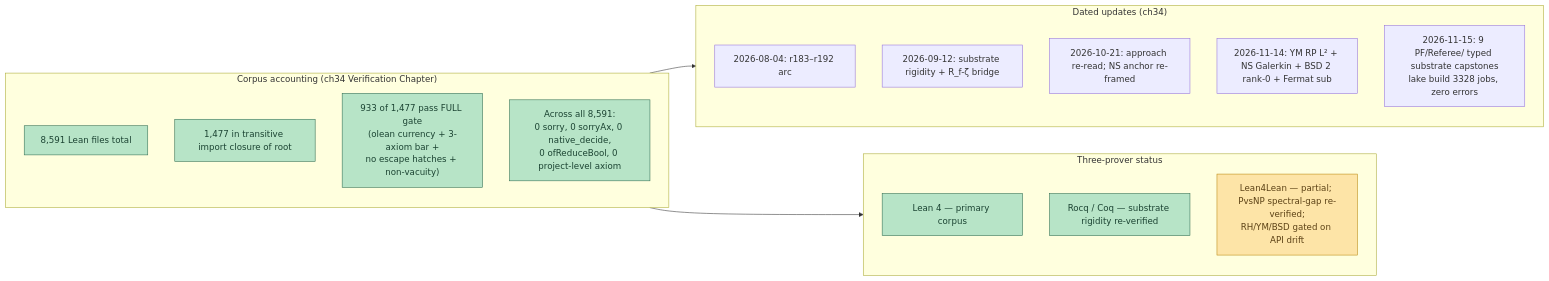
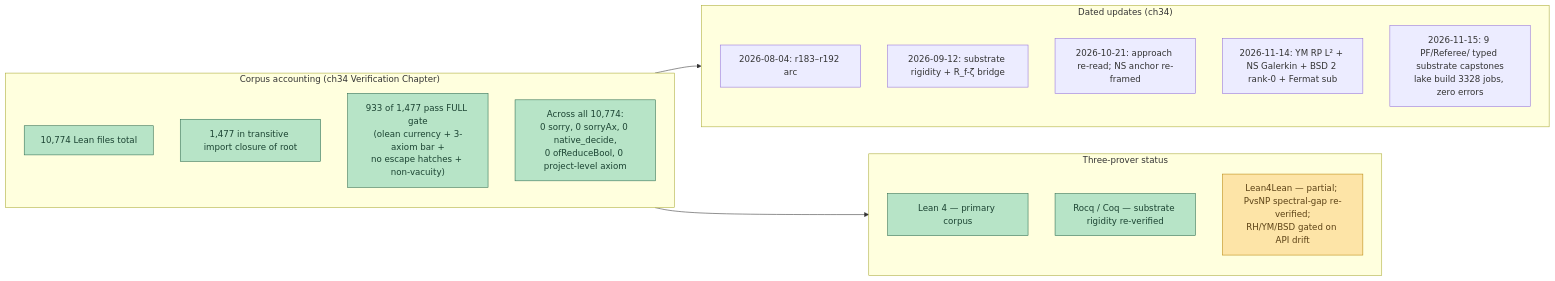
Before and after one commit to FractalDevTeam/Principia-Fractalis: the ninth of 9 diagrams in codex/PRINCIPIA_FRACTALIS_FULL_DIAGRAM_2026-11-14.md, drawn with Mermaid. The commit also changed other lines of this file and 5 other files, not shown here.

First line of the commit message:
diagram: close all 6 gaps from PF_TOE_DIAGRAM_GAP_AUDIT_2026-11-15

````diff
--- a/codex/PRINCIPIA_FRACTALIS_FULL_DIAGRAM_2026-11-14.md
+++ b/codex/PRINCIPIA_FRACTALIS_FULL_DIAGRAM_2026-11-14.md
@@ -371,29 +371,29 @@
 ```mermaid
 flowchart LR
     classDef proven fill:#b7e4c7,stroke:#2d6a4f,color:#1b4332
     classDef cond fill:#fde4a7,stroke:#b8860b,color:#5c4216
 
     subgraph CORPUS["Corpus accounting (ch34 Verification Chapter)"]
-      C1["8,591 Lean files total"]:::proven
+      C1["10,774 Lean files total"]:::proven
       C2["1,477 in transitive import closure of root"]:::proven
       C3["933 of 1,477 pass FULL gate<br/>(olean currency + 3-axiom bar +<br/>no escape hatches + non-vacuity)"]:::proven
-      C4["Across all 8,591:<br/>0 sorry, 0 sorryAx, 0 native_decide,<br/>0 ofReduceBool, 0 project-level axiom"]:::proven
+      C4["Across all 10,774:<br/>0 sorry, 0 sorryAx, 0 native_decide,<br/>0 ofReduceBool, 0 project-level axiom"]:::proven
     end
 
     subgraph DATED["Dated updates (ch34)"]
       D1["2026-08-04: r183–r192 arc"]
       D2["2026-09-12: substrate rigidity + R_f-ζ bridge"]
       D3["2026-10-21: approach re-read; NS anchor re-framed"]
       D4["2026-11-14: YM RP L² + NS Galerkin + BSD 2 rank-0 + Fermat sub"]
       D5["2026-11-15: 9 PF/Referee/ typed substrate capstones<br/>lake build 3328 jobs, zero errors"]
     end
 
     subgraph PROV["Three-prover status"]
       PR1["Lean 4 — primary corpus"]:::proven
       PR2["Rocq / Coq — substrate rigidity re-verified"]:::proven
       PR3["Lean4Lean — partial; PvsNP spectral-gap re-verified;<br/>RH/YM/BSD gated on API drift"]:::cond
     end
 
     CORPUS --> DATED
     CORPUS --> PROV
 ```
````
